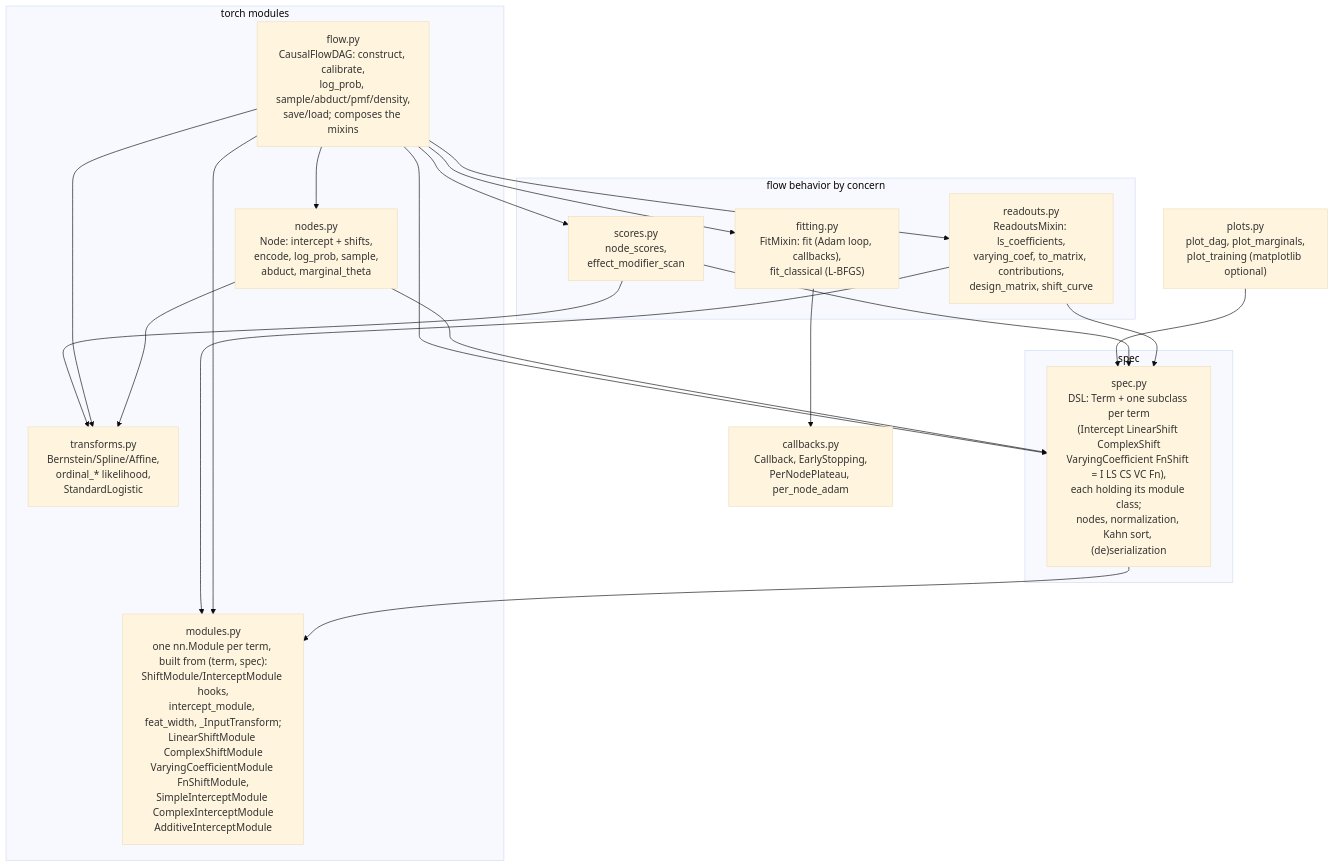
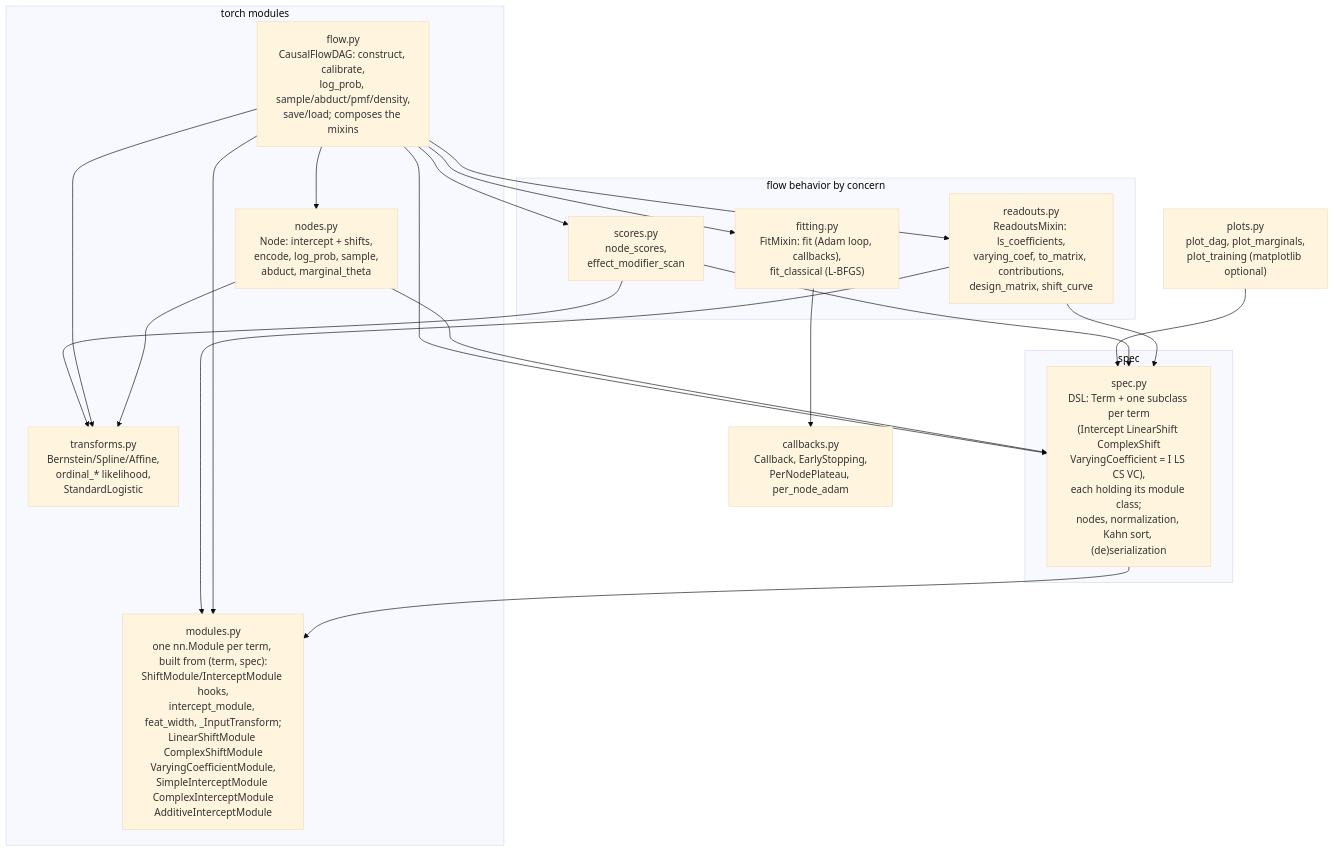
Before and after one commit to tensorchiefs/tramdag: the first of 6 diagrams in docs/architecture.md, drawn with Mermaid (base theme). The commit also changed other lines of this file and 12 other files, not shown here.

````diff
--- a/docs/architecture.md
+++ b/docs/architecture.md
@@ -9,36 +9,36 @@
 ```mermaid
 graph TD
     subgraph data["spec"]
-        spec["spec.py<br/>DSL: Term + one subclass per term<br/>(Intercept LinearShift ComplexShift<br/>VaryingCoefficient FnShift = I LS CS VC Fn),<br/>each holding its module class;<br/>nodes, normalization, Kahn sort, (de)serialization"]
+        spec["spec.py<br/>DSL: Term + one subclass per term<br/>(Intercept LinearShift ComplexShift<br/>VaryingCoefficient = I LS CS VC),<br/>each holding its module class;<br/>nodes, normalization, Kahn sort, (de)serialization"]
     end
     subgraph torch["torch modules"]
-        modules["modules.py<br/>one nn.Module per term, built from (term, spec):<br/>ShiftModule/InterceptModule hooks,<br/>intercept_module, feat_width, _InputTransform;<br/>LinearShiftModule ComplexShiftModule<br/>VaryingCoefficientModule FnShiftModule,<br/>SimpleInterceptModule ComplexInterceptModule<br/>AdditiveInterceptModule"]
+        modules["modules.py<br/>one nn.Module per term, built from (term, spec):<br/>ShiftModule/InterceptModule hooks,<br/>intercept_module, feat_width, _InputTransform;<br/>LinearShiftModule ComplexShiftModule<br/>VaryingCoefficientModule,<br/>SimpleInterceptModule ComplexInterceptModule<br/>AdditiveInterceptModule"]
         transforms["transforms.py<br/>Bernstein/Spline/Affine,<br/>ordinal_* likelihood,<br/>StandardLogistic"]
         nodes["nodes.py<br/>Node: intercept + shifts,<br/>encode, log_prob, sample,<br/>abduct, marginal_theta"]
         flow["flow.py<br/>CausalFlowDAG: construct, calibrate,<br/>log_prob, sample/abduct/pmf/density,<br/>save/load; composes the mixins"]
     end
     subgraph functions["flow behavior by concern"]
         fitting["fitting.py<br/>FitMixin: fit (Adam loop, callbacks),<br/>fit_classical (L-BFGS)"]
         readouts["readouts.py<br/>ReadoutsMixin: ls_coefficients,<br/>varying_coef, to_matrix, contributions,<br/>design_matrix, shift_curve"]
         scores["scores.py<br/>node_scores,<br/>effect_modifier_scan"]
     end
     callbacks["callbacks.py<br/>Callback, EarlyStopping,<br/>PerNodePlateau, per_node_adam"]
     plots["plots.py<br/>plot_dag, plot_marginals,<br/>plot_training (matplotlib optional)"]
 
     spec --> modules
     nodes --> spec
     nodes --> transforms
     flow --> nodes
     flow --> modules
     flow --> spec
     flow --> transforms
     flow --> fitting
     flow --> readouts
     flow --> scores
     fitting --> callbacks
     readouts --> modules
     readouts --> spec
     scores --> spec
     scores --> transforms
     plots --> spec
 ```
````
